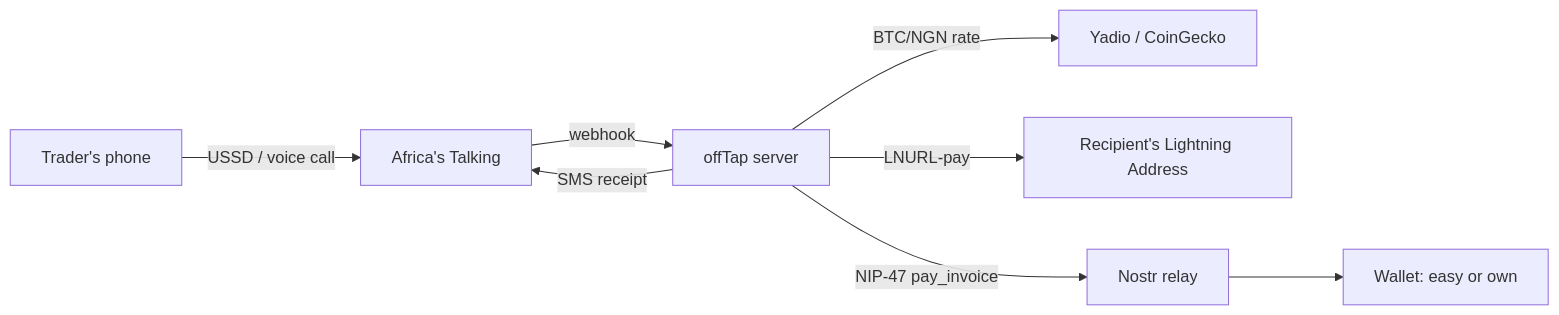
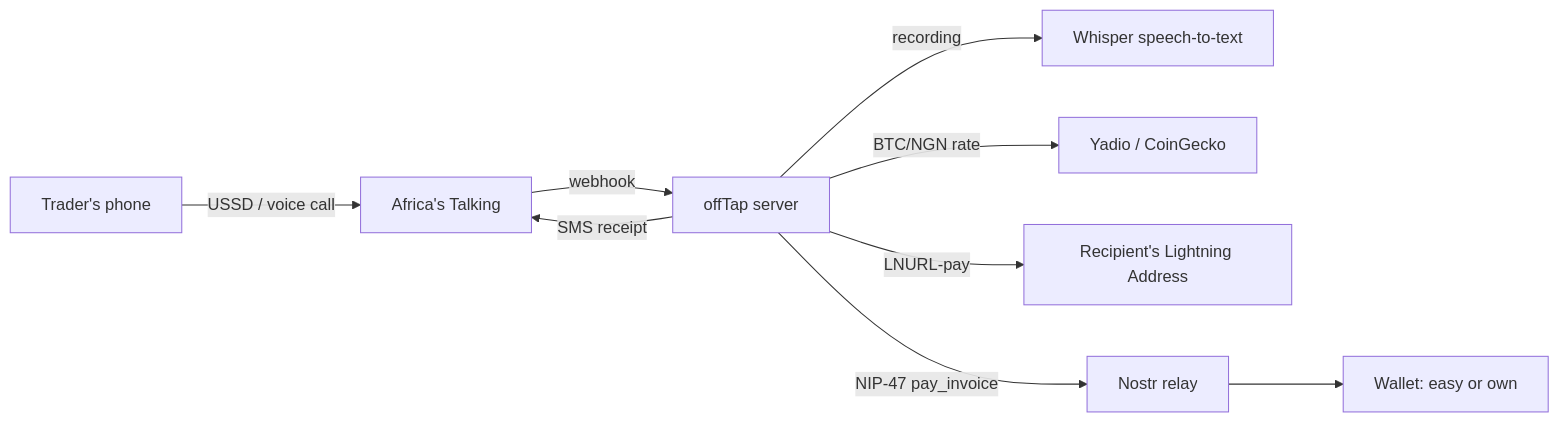
One commit to Alkamal01/offTap changed the diagram in README.md. Above: the diagram before and after it, drawn with Mermaid. The commit also changed other lines of this file and 2 other files, not shown here.

Commit message:
Document voice and add an optional speech server

````diff
--- a/README.md
+++ b/README.md
@@ -30,10 +38,11 @@
 ```mermaid
 flowchart LR
     phone[Trader's phone] -->|USSD / voice call| at[Africa's Talking]
     at -->|webhook| api[offTap server]
+    api -->|recording| stt[Whisper speech-to-text]
     api -->|BTC/NGN rate| oracle[Yadio / CoinGecko]
     api -->|LNURL-pay| recipient[Recipient's Lightning Address]
     api -->|NIP-47 pay_invoice| relay[Nostr relay]
     relay --> wallet[Wallet: easy or own]
     api -->|SMS receipt| at
 ```
````
